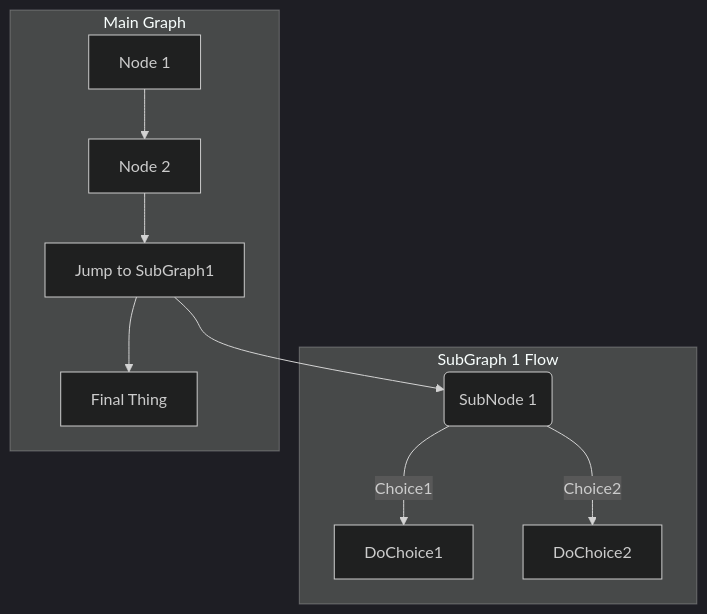
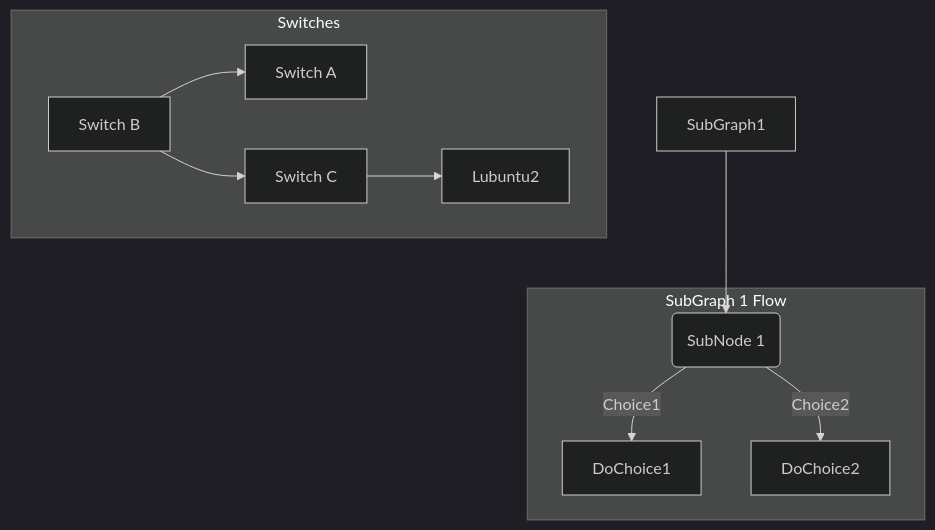
One commit to Kjersheim/DataNetworksIntro2023 changed the first of 2 diagrams in documentation/E07.md. Above: the diagram before and after it, drawn with Mermaid (dark theme).

Commit message:
E07 Path cost

````diff
--- a/documentation/E07.md
+++ b/documentation/E07.md
@@ -418,16 +418,16 @@
 ```mermaid
 	graph TB
 
 	  SubGraph1 --> SubGraph1Flow
 	  subgraph "SubGraph 1 Flow"
 	  SubGraph1Flow(SubNode 1)
 	  SubGraph1Flow -- Choice1 --> DoChoice1
 	  SubGraph1Flow -- Choice2 --> DoChoice2
 	  end
 
-	  subgraph "Main Graph"
-	  Node1[Node 1] --> Node2[Node 2]
-	  Node2 --> SubGraph1[Jump to SubGraph1]
-	  SubGraph1 --> FinalThing[Final Thing]
+	  subgraph "Switches"
+	  Node1[Switch B] --> Node2[Switch A]
+	  Node1[Switch B] --> Node3[Switch C]
+	  Node3 --> Lubuntu2[Lubuntu2]
 	end
 ```
````
